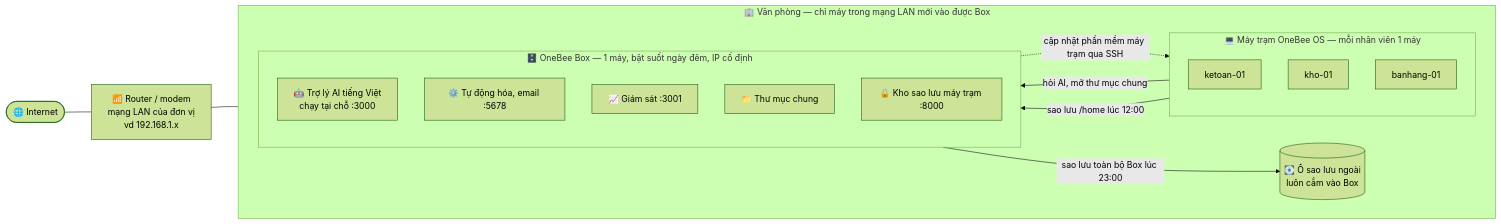
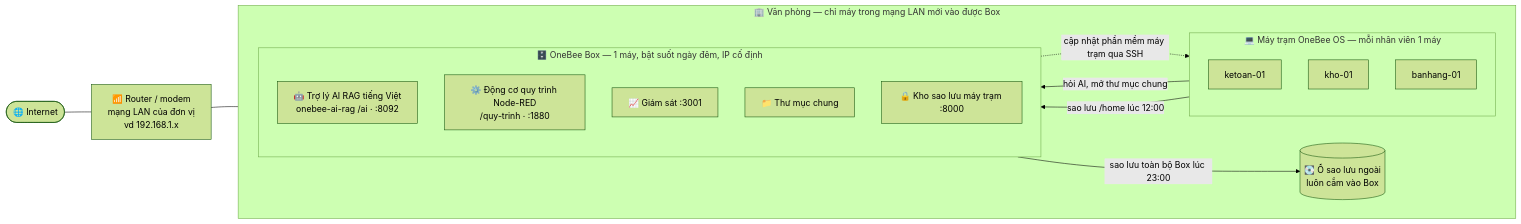
Before and after one commit to mthien07/da3-he-dieu-hanh-va-tu-dong-hoa-open-source: the first of 4 diagrams in docs/huong-dan/huong-dan-cai-dat-tu-a-den-z.md, drawn with Mermaid (forest theme). The commit also changed other lines of this file and 15 other files, not shown here.

Commit message:
docs(olp-2026): bo sung kien truc DX-OS, API, ROADMAP, CHANGELOG 1.3.0 va ho so PoF

````diff
--- a/docs/huong-dan/huong-dan-cai-dat-tu-a-den-z.md
+++ b/docs/huong-dan/huong-dan-cai-dat-tu-a-den-z.md
@@ -19,32 +19,32 @@
 ```mermaid
 flowchart LR
     NET(["🌐 Internet"])
     ROUTER["📶 Router / modem<br/>mạng LAN của đơn vị<br/>vd 192.168.1.x"]
 
     subgraph VP["🏢 Văn phòng — chỉ máy trong mạng LAN mới vào được Box"]
         direction LR
         subgraph TRAM["💻 Máy trạm OneBee OS — mỗi nhân viên 1 máy"]
             direction TB
             T1["ketoan-01"]
             T2["kho-01"]
             T3["banhang-01"]
         end
         subgraph BOX["🗄️ OneBee Box — 1 máy, bật suốt ngày đêm, IP cố định"]
             direction TB
-            AI["🤖 Trợ lý AI tiếng Việt<br/>chạy tại chỗ :3000"]
-            N8N["⚙️ Tự động hóa, email :5678"]
+            AI["🤖 Trợ lý AI RAG tiếng Việt<br/>onebee-ai-rag /ai · :8092"]
+            WF["⚙️ Động cơ quy trình Node-RED<br/>/quy-trinh · :1880"]
             KUMA["📈 Giám sát :3001"]
             SMB["📁 Thư mục chung"]
             KHO["🔒 Kho sao lưu máy trạm :8000"]
         end
         USB[("💽 Ổ sao lưu ngoài<br/>luôn cắm vào Box")]
     end
 
     NET --- ROUTER
     ROUTER --- TRAM
     ROUTER --- BOX
     TRAM -- "hỏi AI, mở thư mục chung" --> BOX
     TRAM -- "sao lưu /home lúc 12:00" --> KHO
     BOX -- "sao lưu toàn bộ Box lúc 23:00" --> USB
     BOX -. "cập nhật phần mềm máy trạm qua SSH" .-> TRAM
 ```
````
